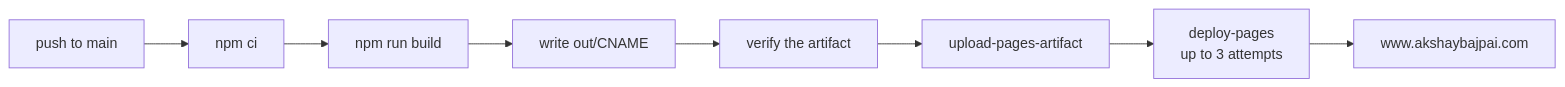
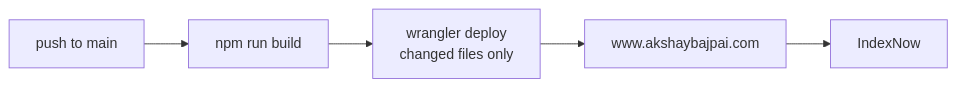
One commit to ax5hay/akshaybajpai.com changed the sixth of 6 diagrams in README.md. Above: the diagram before and after it, drawn with Mermaid. The commit also changed other lines of this file and 7 other files, not shown here.

First line of the commit message:
Deploy from Cloudflare: wrangler scripts, IndexNow after deploy, runbook

````diff
--- a/README.md
+++ b/README.md
@@ -1088,7 +1089,6 @@
 ```mermaid
 flowchart LR
-  PUSH["push to main"] --> CI["npm ci"] --> BUILD["npm run build"]
-  BUILD --> CNAME["write out/CNAME"] --> VERIFY["verify the artifact"]
-  VERIFY --> UPLOAD["upload-pages-artifact"] --> DEPLOY["deploy-pages<br/>up to 3 attempts"]
-  DEPLOY --> LIVE["www.akshaybajpai.com"]
+  PUSH["push to main"] --> BUILD["npm run build"]
+  BUILD --> DEPLOY["wrangler deploy<br/>changed files only"]
+  DEPLOY --> LIVE["www.akshaybajpai.com"] --> PING["IndexNow"]
 ```
````
